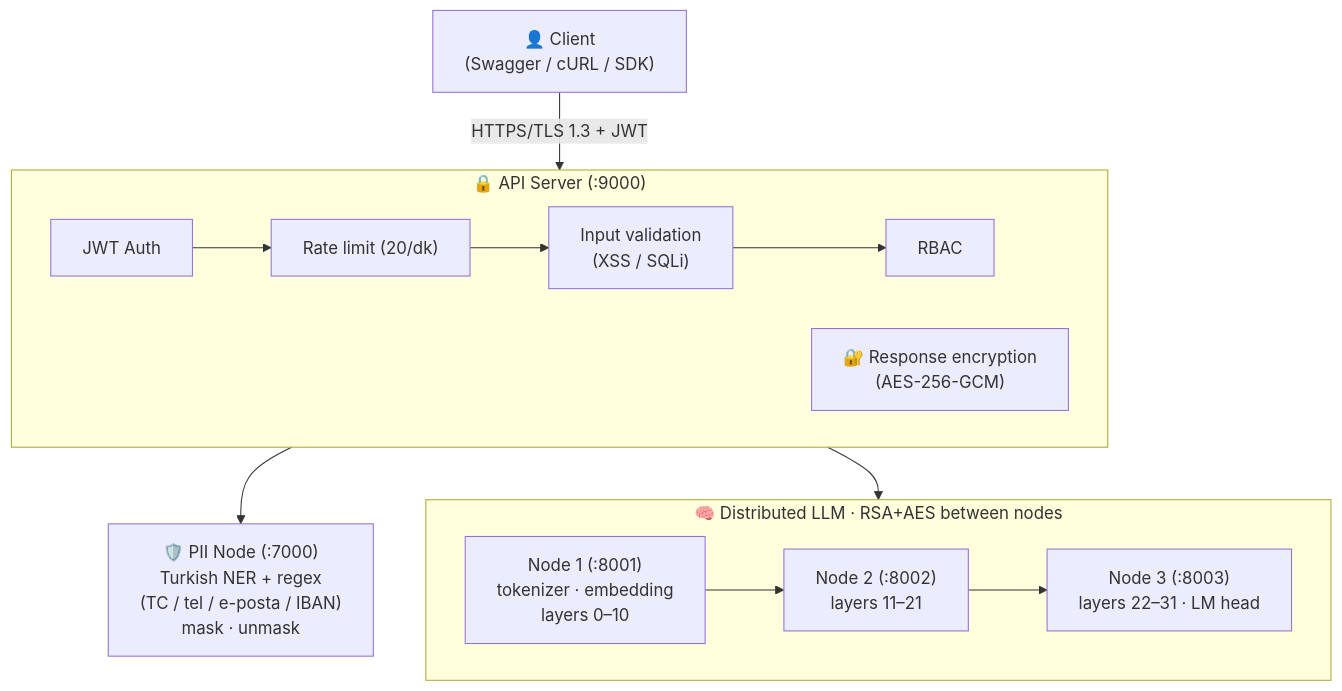
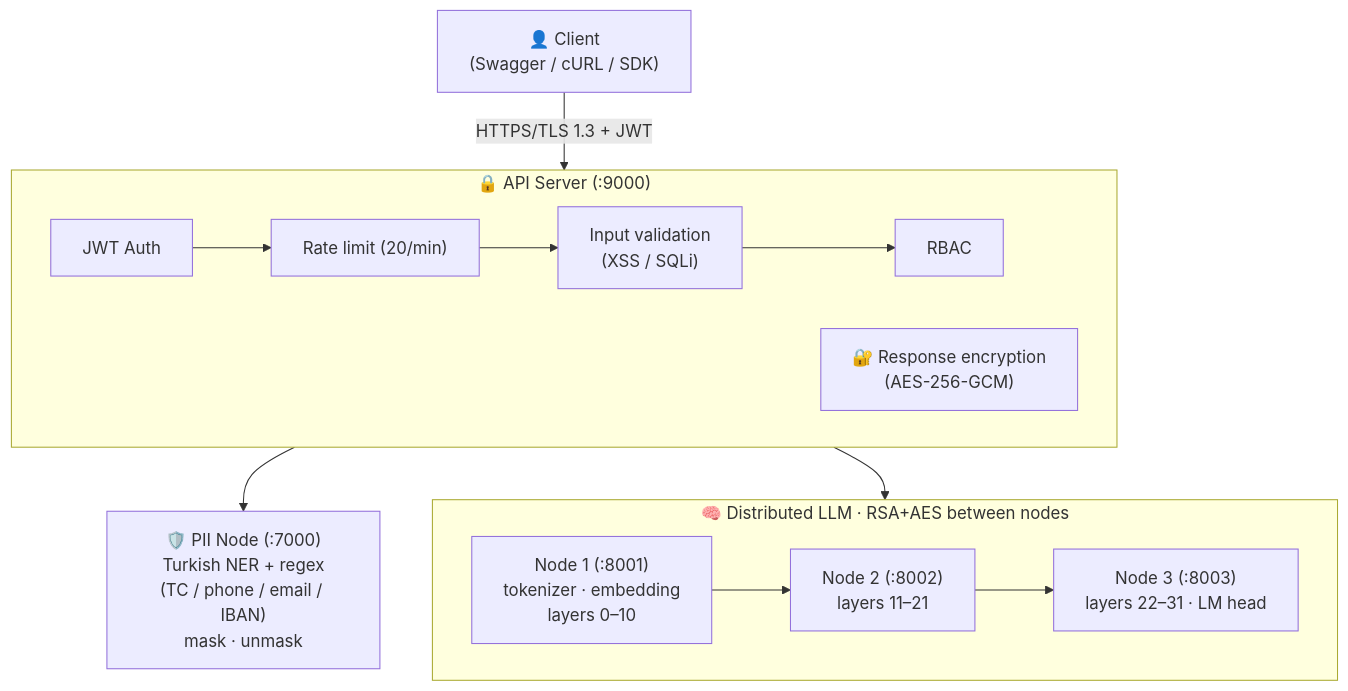
Before and after one commit to yagmurtncr/dsi: the diagram in README.md, drawn with Mermaid. The commit also changed other lines of this file, not shown here.

````diff
--- a/README.md
+++ b/README.md
@@ -29,18 +30,18 @@
 ```mermaid
 flowchart TB
     Client["👤 Client<br/>(Swagger / cURL / SDK)"] -->|"HTTPS/TLS 1.3 + JWT"| API
 
     subgraph API["🔒 API Server (:9000)"]
         direction LR
-        AUTH["JWT Auth"] --> RL["Rate limit (20/dk)"] --> IV["Input validation<br/>(XSS / SQLi)"] --> RBAC["RBAC"]
+        AUTH["JWT Auth"] --> RL["Rate limit (20/min)"] --> IV["Input validation<br/>(XSS / SQLi)"] --> RBAC["RBAC"]
         ENC["🔐 Response encryption<br/>(AES-256-GCM)"]
     end
 
-    API --> PII["🛡️ PII Node (:7000)<br/>Turkish NER + regex<br/>(TC / tel / e-posta / IBAN)<br/>mask · unmask"]
+    API --> PII["🛡️ PII Node (:7000)<br/>Turkish NER + regex<br/>(TC / phone / email / IBAN)<br/>mask · unmask"]
     API --> LLM
 
     subgraph LLM["🧠 Distributed LLM · RSA+AES between nodes"]
         direction LR
         N1["Node 1 (:8001)<br/>tokenizer · embedding<br/>layers 0–10"] --> N2["Node 2 (:8002)<br/>layers 11–21"] --> N3["Node 3 (:8003)<br/>layers 22–31 · LM head"]
     end
 ```
````
